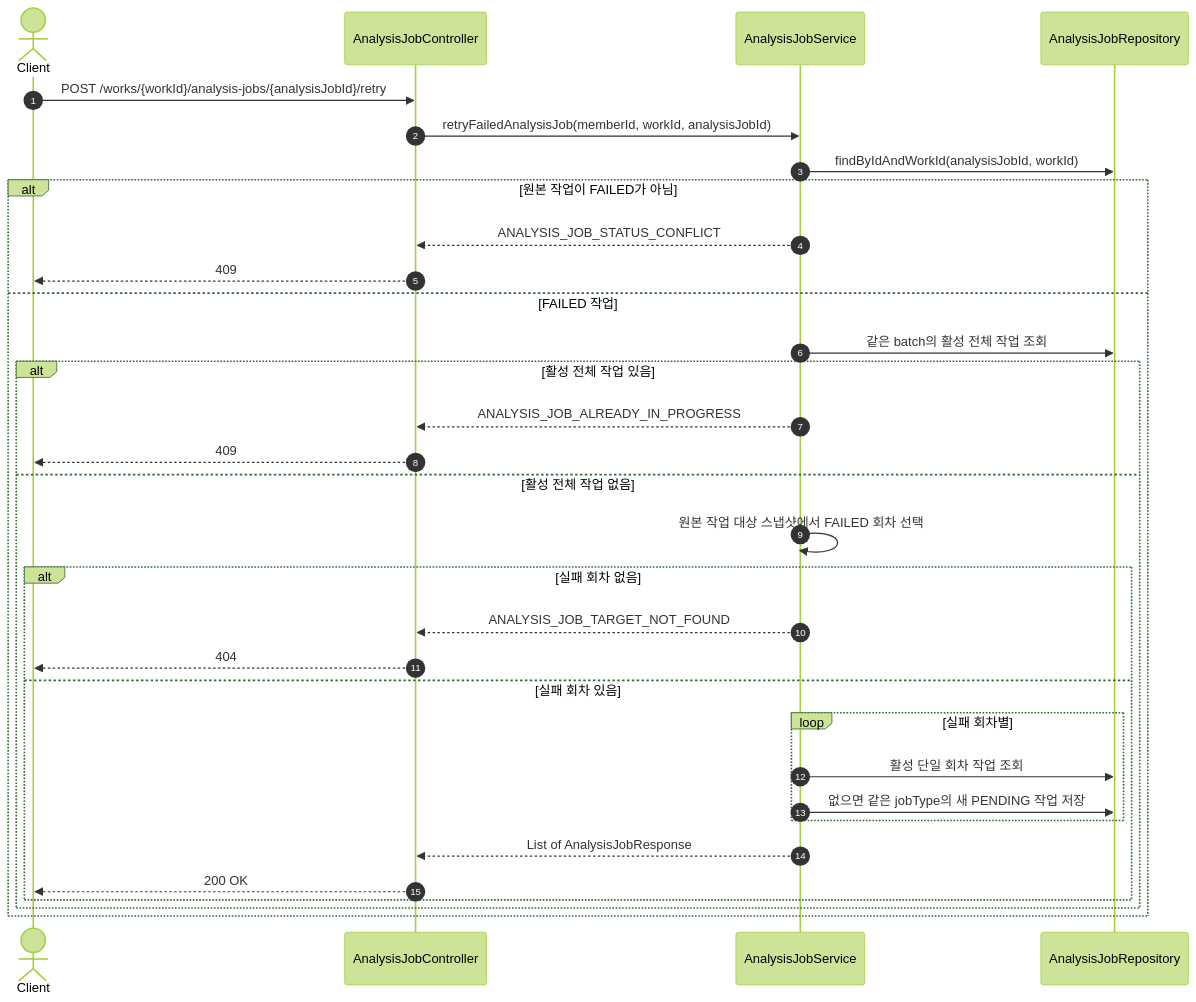
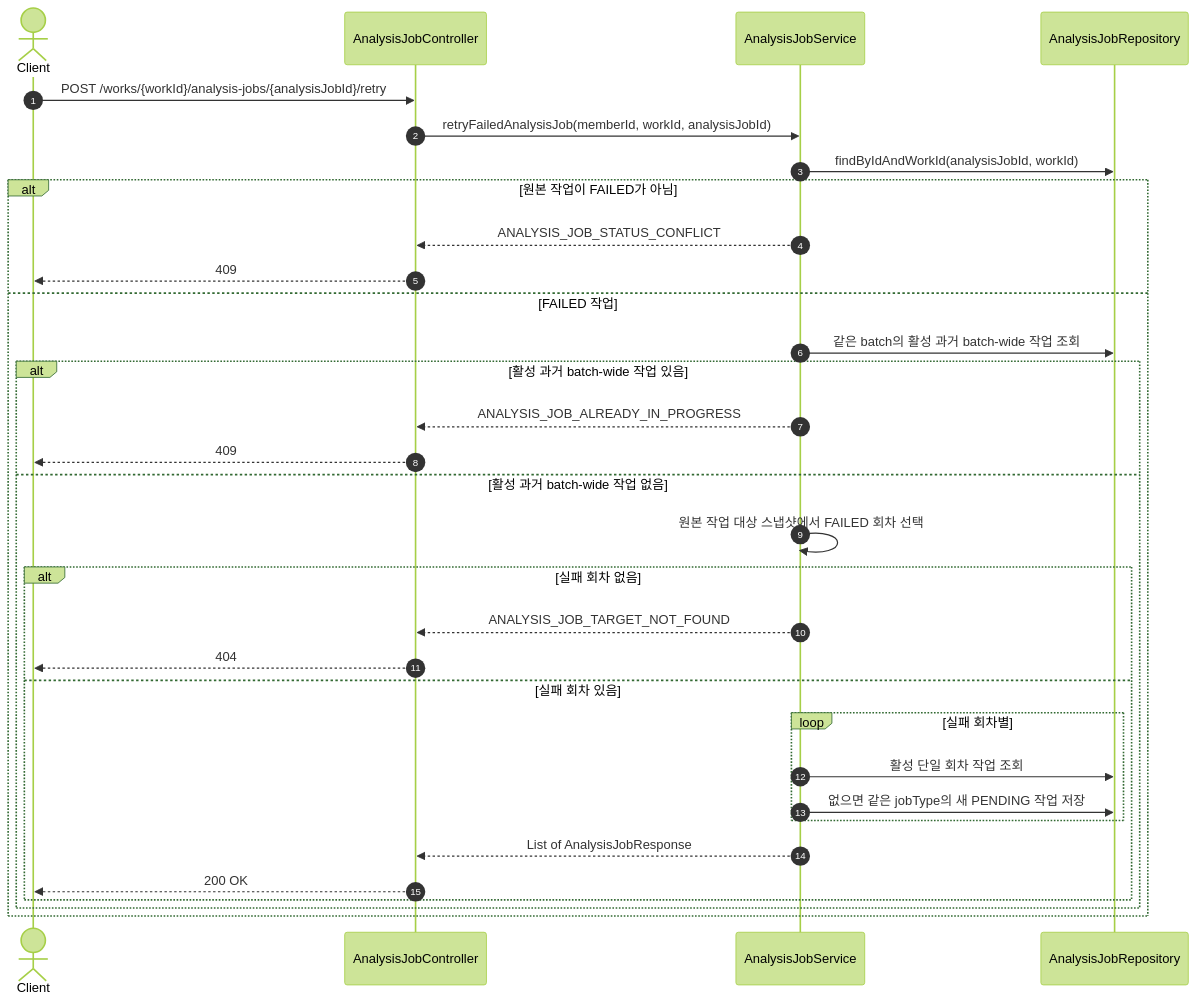
The seventh of 10 diagrams in docs/analysis-workflow.md (catchhole-soma/catchhole-backend-java), drawn with Mermaid (forest theme) before and after one commit. The commit also changed other lines of this file and 4 other files, not shown here.

````diff
--- a/docs/analysis-workflow.md
+++ b/docs/analysis-workflow.md
@@ -217,35 +222,35 @@
 ```mermaid
 sequenceDiagram
     autonumber
     actor Client
     participant Controller as AnalysisJobController
     participant Service as AnalysisJobService
     participant JobRepo as AnalysisJobRepository
 
     Client->>Controller: POST /works/{workId}/analysis-jobs/{analysisJobId}/retry
     Controller->>Service: retryFailedAnalysisJob(memberId, workId, analysisJobId)
     Service->>JobRepo: findByIdAndWorkId(analysisJobId, workId)
     alt 원본 작업이 FAILED가 아님
         Service-->>Controller: ANALYSIS_JOB_STATUS_CONFLICT
         Controller-->>Client: 409
     else FAILED 작업
-        Service->>JobRepo: 같은 batch의 활성 전체 작업 조회
-        alt 활성 전체 작업 있음
+        Service->>JobRepo: 같은 batch의 활성 과거 batch-wide 작업 조회
+        alt 활성 과거 batch-wide 작업 있음
             Service-->>Controller: ANALYSIS_JOB_ALREADY_IN_PROGRESS
             Controller-->>Client: 409
-        else 활성 전체 작업 없음
+        else 활성 과거 batch-wide 작업 없음
             Service->>Service: 원본 작업 대상 스냅샷에서 FAILED 회차 선택
             alt 실패 회차 없음
                 Service-->>Controller: ANALYSIS_JOB_TARGET_NOT_FOUND
                 Controller-->>Client: 404
             else 실패 회차 있음
                 loop 실패 회차별
                     Service->>JobRepo: 활성 단일 회차 작업 조회
                     Service->>JobRepo: 없으면 같은 jobType의 새 PENDING 작업 저장
                 end
                 Service-->>Controller: List of AnalysisJobResponse
                 Controller-->>Client: 200 OK
             end
         end
     end
 ```
````
